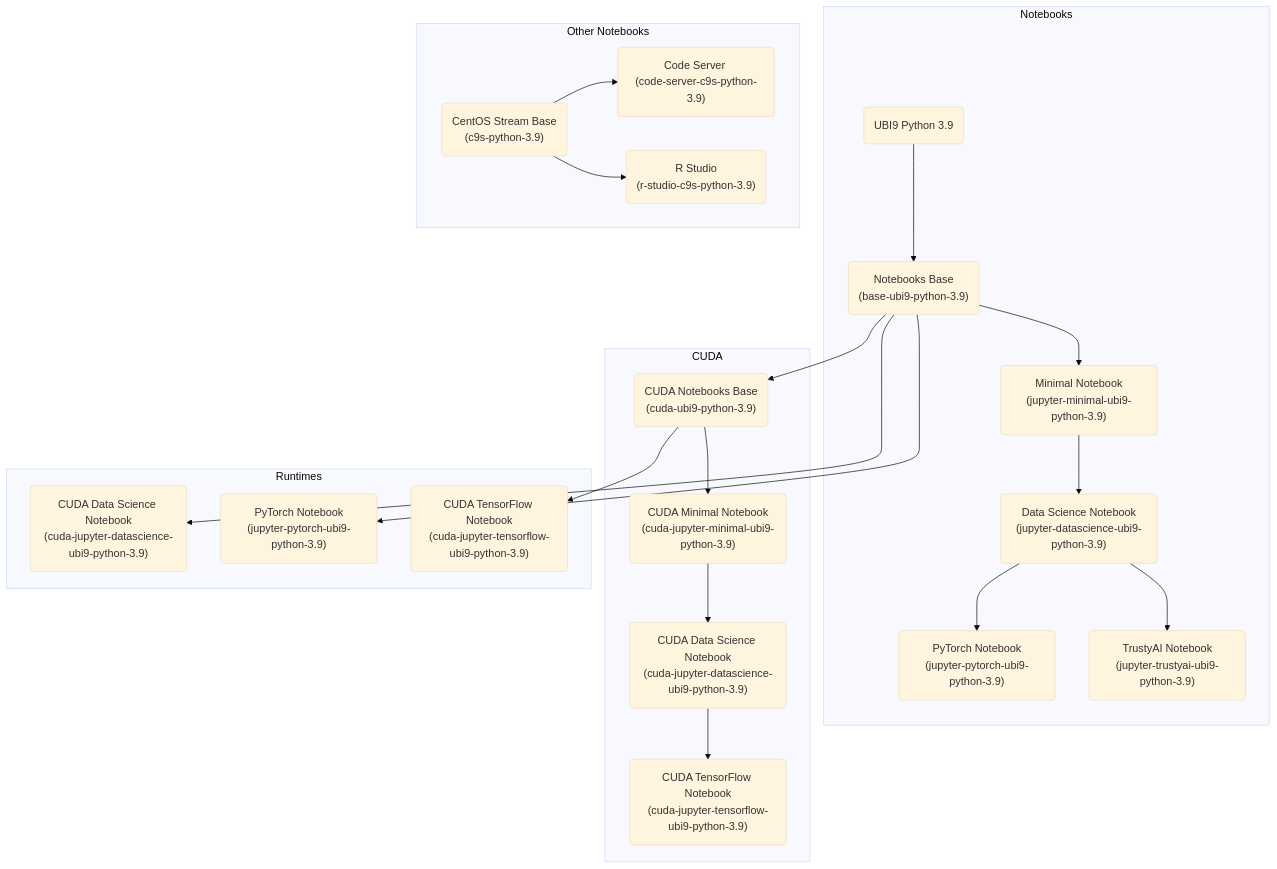
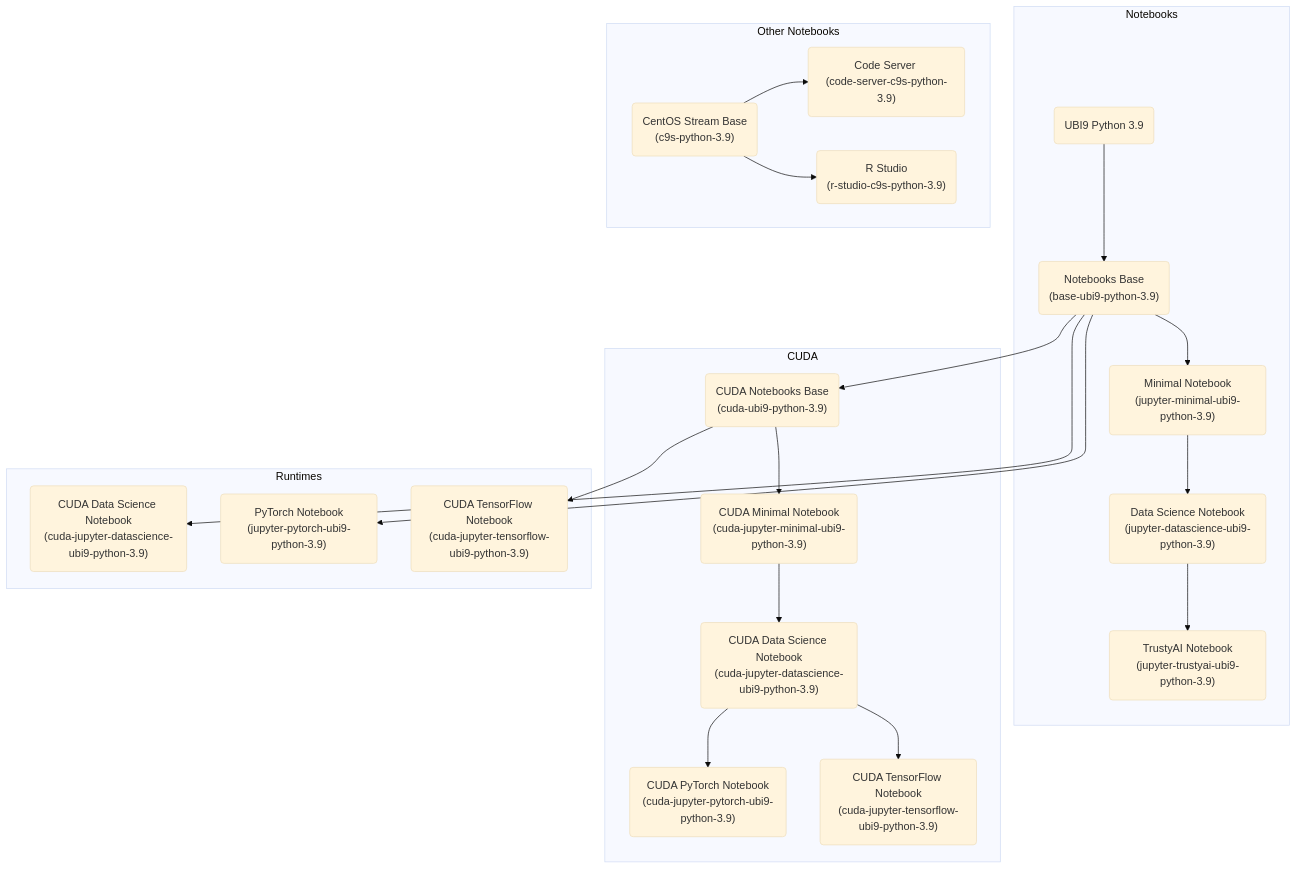
Before and after one commit to opendatahub-io/notebooks: the second of 2 diagrams in README.md, drawn with Mermaid (base theme). The commit also changed other lines of this file and 24 other files, not shown here.

Commit message:
Update PyTorch notebook:updated package version and direved it back from cuda-data-science

````diff
--- a/README.md
+++ b/README.md
@@ -57,57 +58,57 @@
 ```mermaid
 graph TB
     subgraph Notebooks
         %% Nodes
         ubi9-python-3.9(UBI9 Python 3.9);
         base-ubi9-python-3.9("Notebooks Base<br/>(base-ubi9-python-3.9)");
         jupyter-minimal-ubi9-python-3.9("Minimal Notebook<br/>(jupyter-minimal-ubi9-python-3.9)");
         jupyter-datascience-ubi9-python-3.9("Data Science Notebook<br/>(jupyter-datascience-ubi9-python-3.9)");
-        jupyter-pytorch-ubi9-python-3.9("PyTorch Notebook<br/>(jupyter-pytorch-ubi9-python-3.9)");
         jupyter-trustyai-ubi9-python-3.9("TrustyAI Notebook<br/>(jupyter-trustyai-ubi9-python-3.9)");
 
         %% Edges
         ubi9-python-3.9 --> base-ubi9-python-3.9;
         base-ubi9-python-3.9 --> jupyter-minimal-ubi9-python-3.9;
         jupyter-minimal-ubi9-python-3.9 --> jupyter-datascience-ubi9-python-3.9;
-        jupyter-datascience-ubi9-python-3.9 --> jupyter-pytorch-ubi9-python-3.9;
         jupyter-datascience-ubi9-python-3.9 --> jupyter-trustyai-ubi9-python-3.9;
     end
 
     subgraph CUDA
         %% Nodes
         cuda-ubi9-python-3.9("CUDA Notebooks Base<br/>(cuda-ubi9-python-3.9)");
         cuda-jupyter-minimal-ubi9-python-3.9("CUDA Minimal Notebook<br/>(cuda-jupyter-minimal-ubi9-python-3.9)");
         cuda-jupyter-datascience-ubi9-python-3.9("CUDA Data Science Notebook<br/>(cuda-jupyter-datascience-ubi9-python-3.9)");
+        cuda-jupyter-pytorch-ubi9-python-3.9("CUDA PyTorch Notebook<br/>(cuda-jupyter-pytorch-ubi9-python-3.9)");
         cuda-jupyter-tensorflow-ubi9-python-3.9("CUDA TensorFlow Notebook<br/>(cuda-jupyter-tensorflow-ubi9-python-3.9)");
 
         %% Edges
         base-ubi9-python-3.9 --> cuda-ubi9-python-3.9;
         cuda-ubi9-python-3.9 --> cuda-jupyter-minimal-ubi9-python-3.9;
         cuda-jupyter-minimal-ubi9-python-3.9 --> cuda-jupyter-datascience-ubi9-python-3.9;
+        cuda-jupyter-datascience-ubi9-python-3.9 --> cuda-jupyter-pytorch-ubi9-python-3.9;
         cuda-jupyter-datascience-ubi9-python-3.9 --> cuda-jupyter-tensorflow-ubi9-python-3.9;
     end
 
     subgraph Runtimes
         %% Nodes
         runtimes-datascience-ubi9-python-3.9("CUDA Data Science Notebook<br/>(cuda-jupyter-datascience-ubi9-python-3.9)");
         runtimes-pytorch-ubi9-python-3.9("PyTorch Notebook<br/>(jupyter-pytorch-ubi9-python-3.9)");
         cuda-runtimes-tensorflow-ubi9-python-3.9("CUDA TensorFlow Notebook<br/>(cuda-jupyter-tensorflow-ubi9-python-3.9)");
 
         %% Edges
         base-ubi9-python-3.9 --> runtimes-datascience-ubi9-python-3.9;
         base-ubi9-python-3.9 --> runtimes-pytorch-ubi9-python-3.9;
         cuda-ubi9-python-3.9 --> cuda-runtimes-tensorflow-ubi9-python-3.9;
     end
 
     subgraph Other Notebooks
         %% Nodes
         c9s-python-3.9("CentOS Stream Base<br/>(c9s-python-3.9)");
         code-server-c9s-python-3.9("Code Server <br/>(code-server-c9s-python-3.9)");
         r-studio-c9s-python-3.9("R Studio <br/>(r-studio-c9s-python-3.9)");
 
         %% Edges
         c9s-python-3.9 --> code-server-c9s-python-3.9;
         c9s-python-3.9 --> r-studio-c9s-python-3.9;
     end
 
 ```
````
